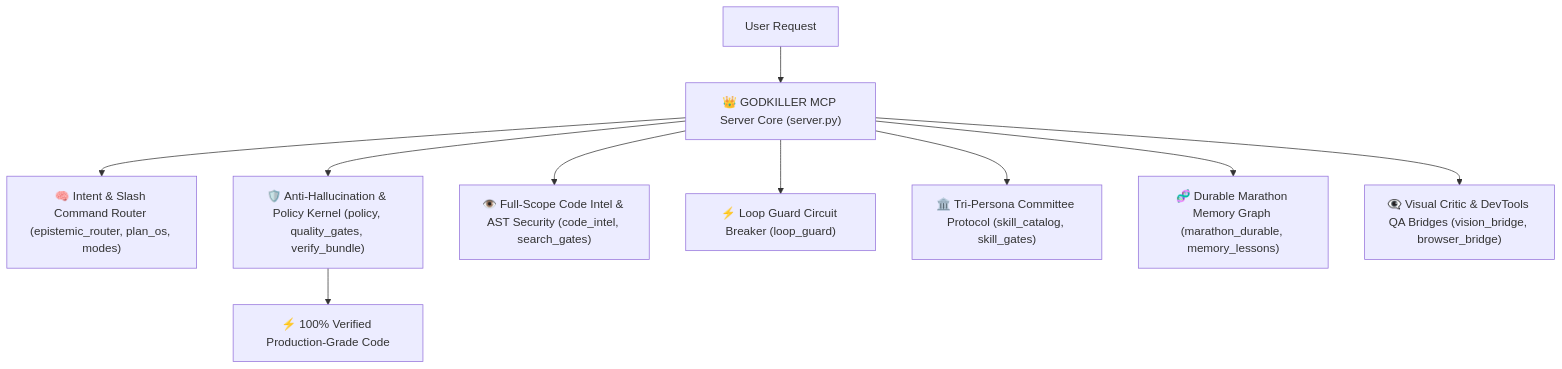
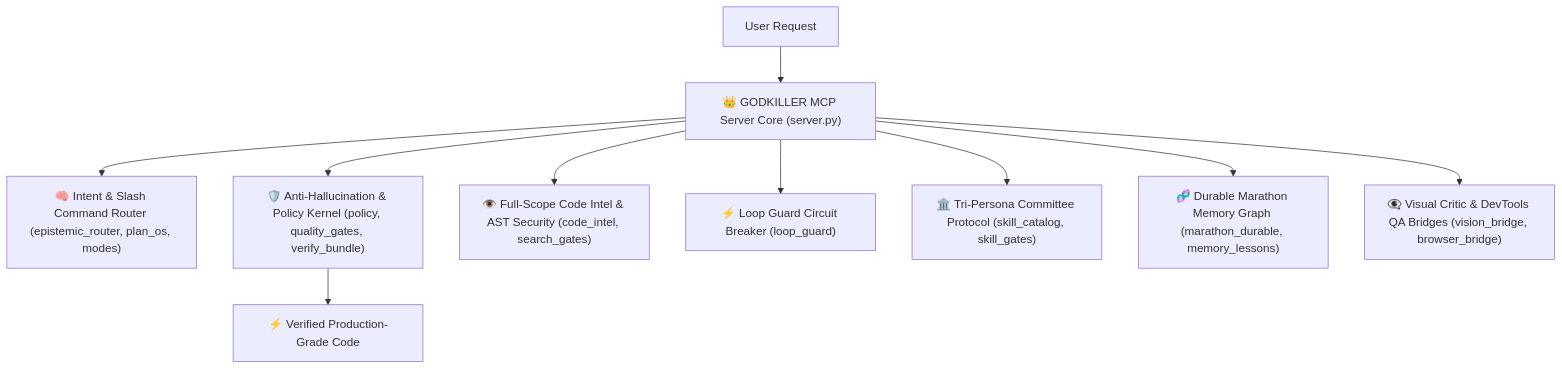
The second of 3 diagrams in README.md (taurus42119-stack/godkiller-mcp), drawn with Mermaid before and after one commit. The commit also changed other lines of this file, not shown here.

````diff
--- a/README.md
+++ b/README.md
@@ -35,12 +63,12 @@
 ```mermaid
 graph TD
     A["User Request"] --> B["👑 GODKILLER MCP Server Core (server.py)"]
     B --> C["🧠 Intent & Slash Command Router (epistemic_router, plan_os, modes)"]
     B --> D["🛡️ Anti-Hallucination & Policy Kernel (policy, quality_gates, verify_bundle)"]
     B --> E["👁️ Full-Scope Code Intel & AST Security (code_intel, search_gates)"]
     B --> F["⚡ Loop Guard Circuit Breaker (loop_guard)"]
     B --> G["🏛️ Tri-Persona Committee Protocol (skill_catalog, skill_gates)"]
     B --> H["🧬 Durable Marathon Memory Graph (marathon_durable, memory_lessons)"]
     B --> I["👁️‍🗨️ Visual Critic & DevTools QA Bridges (vision_bridge, browser_bridge)"]
-    D --> J["⚡ 100% Verified Production-Grade Code"]
+    D --> J["⚡ Verified Production-Grade Code"]
 ```
````
